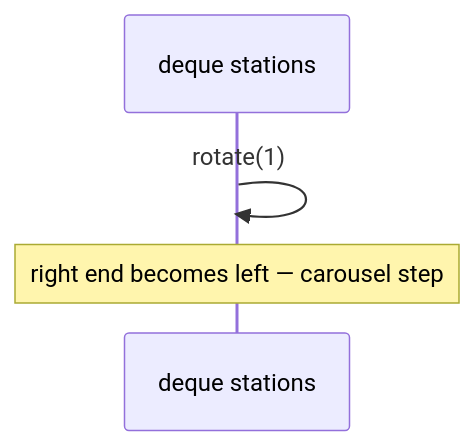
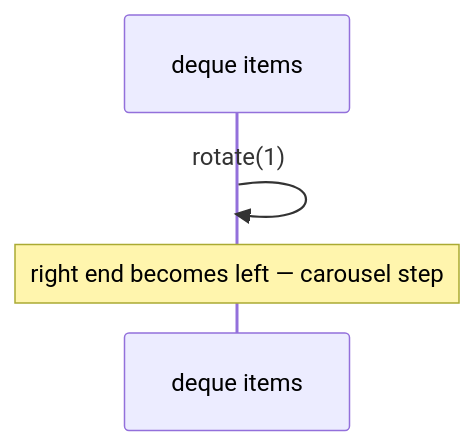
The third of 7 diagrams in docs/dsa/data-structures/dequeue-deque/index.md (qgjones9/python-programming-guide), drawn with Mermaid before and after one commit. The commit also changed other lines of this file and 31 other files, not shown here.

````diff
--- a/docs/dsa/data-structures/dequeue-deque/index.md
+++ b/docs/dsa/data-structures/dequeue-deque/index.md
@@ -230,6 +230,6 @@
 ```mermaid
 sequenceDiagram
-  participant D as deque stations
-  D->>D: rotate(1)
-  Note over D: right end becomes left — carousel step
+ participant D as deque items
+ D->>D: rotate(1)
+ Note over D: right end becomes left — carousel step
 ```
````
